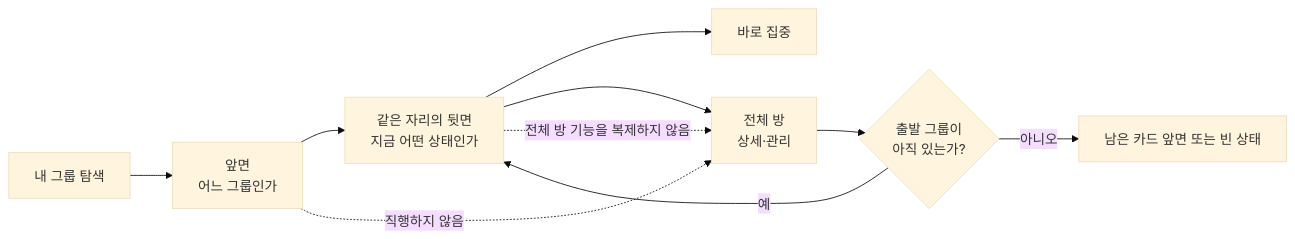
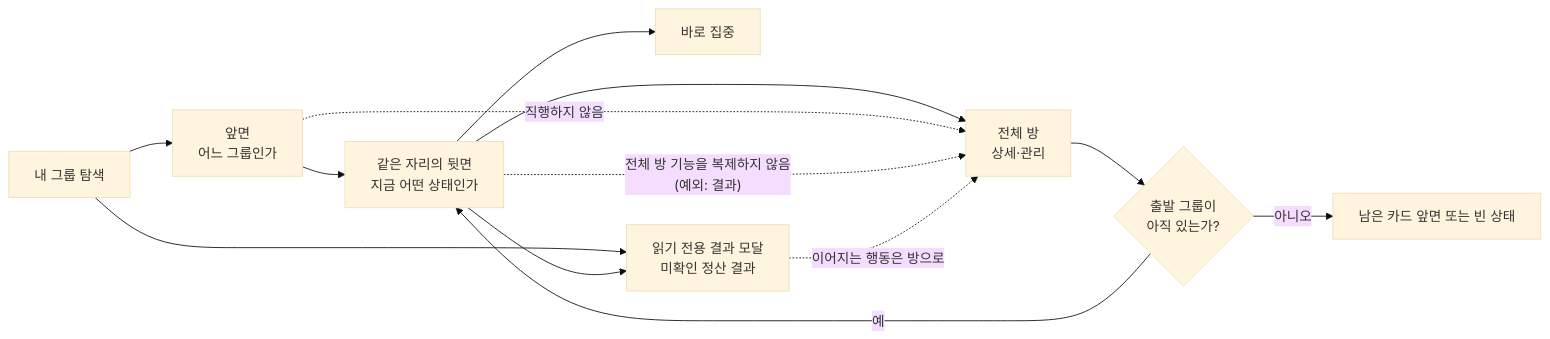
Before and after one commit to OneOrThree/phone: the first of 2 diagrams in docs/prd/group/features/02-my-groups/information-architecture.md, drawn with Mermaid (base theme). The commit also changed other lines of this file and 6 other files, not shown here.

````diff
--- a/docs/prd/group/features/02-my-groups/information-architecture.md
+++ b/docs/prd/group/features/02-my-groups/information-architecture.md
@@ -18,13 +18,16 @@
 ```mermaid
 flowchart LR
     List["내 그룹 탐색"] --> Front["앞면<br/>어느 그룹인가"]
     Front --> Back["같은 자리의 뒷면<br/>지금 어떤 상태인가"]
     Back --> Focus["바로 집중"]
     Back --> Room["전체 방<br/>상세·관리"]
     Room --> Return{"출발 그룹이<br/>아직 있는가?"}
     Return -->|예| Back
     Return -->|아니오| Safe["남은 카드 앞면 또는 빈 상태"]
 
     Front -.->|"직행하지 않음"| Room
-    Back -.->|"전체 방 기능을 복제하지 않음"| Room
+    Back -.->|"전체 방 기능을 복제하지 않음<br/>(예외: 결과)"| Room
+    List --> Result["읽기 전용 결과 모달<br/>미확인 정산 결과"]
+    Back --> Result
+    Result -.->|"이어지는 행동은 방으로"| Room
 ```
````
